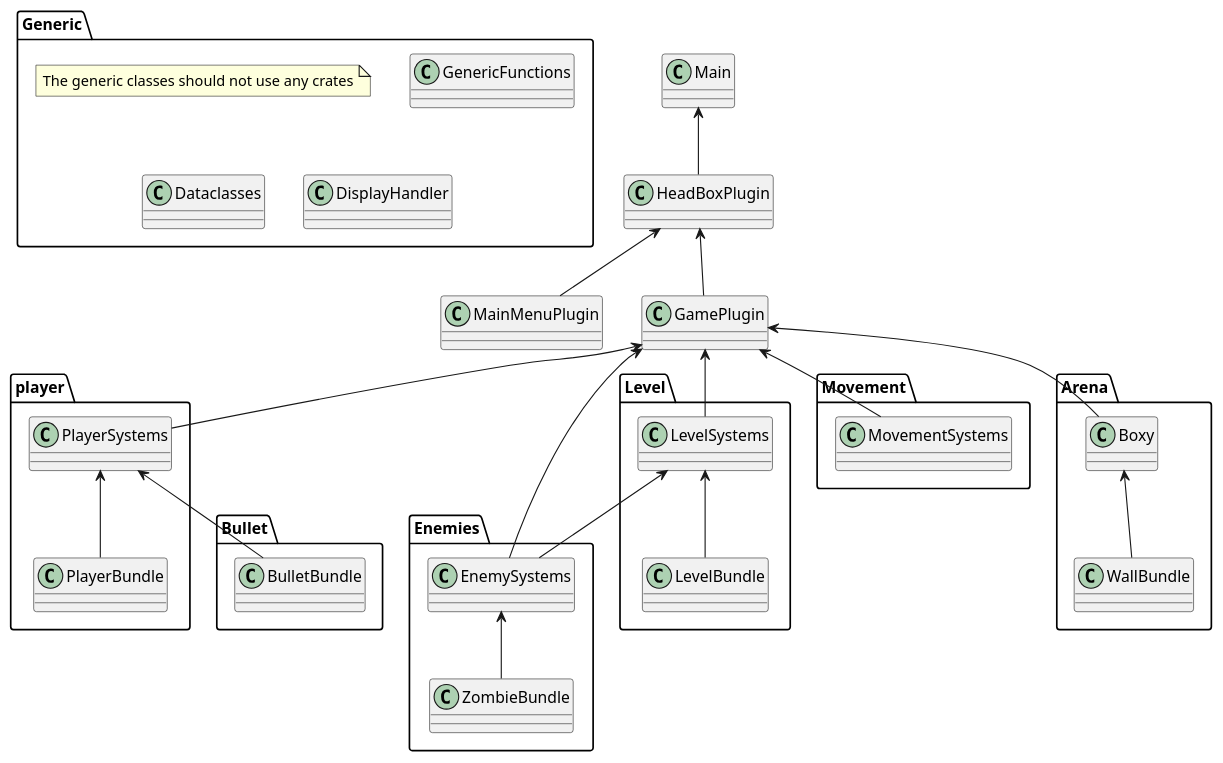
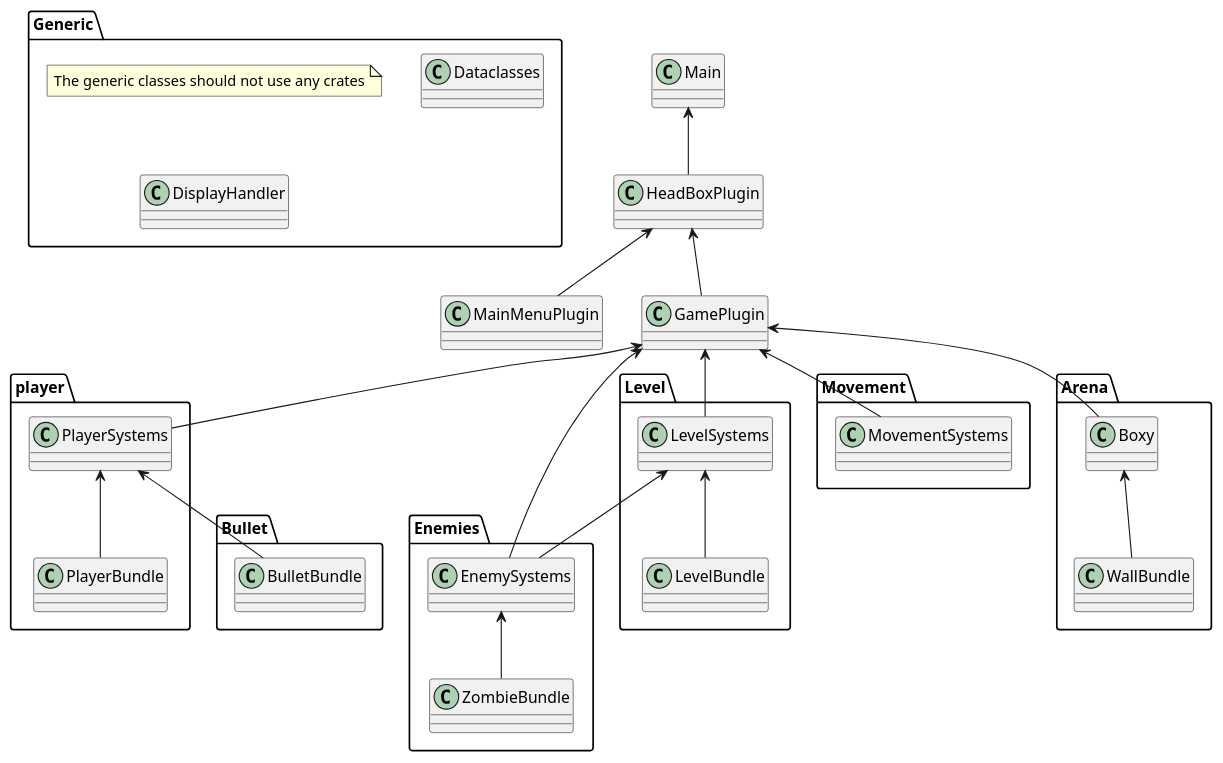
The diagram in docs/class_layout.puml (LuukHenk/head_box), drawn with PlantUML before and after one commit. The commit also changed 1 other file, not shown here.

```diff
--- a/docs/class_layout.puml
+++ b/docs/class_layout.puml
@@ -1,63 +1,62 @@
 @startuml
 class Main
 class HeadBoxPlugin
 class MainMenuPlugin
 class GamePlugin
 
 
 package Generic {
     note "The generic classes should not use any crates" as N1
-    class GenericFunctions
     class Dataclasses
     class DisplayHandler
 }
 
 package player {
     class PlayerSystems
     class PlayerBundle
 }
 
 package Bullet {
     class BulletBundle
 }
 
 package Enemies {
     class EnemySystems
     class ZombieBundle
 }
 package Movement {
     class MovementSystems
 }
 package Arena{
     class WallBundle
     class Boxy
 }
 package Level{
     class LevelBundle
     class LevelSystems
 }
 
 
 Main <-- HeadBoxPlugin
 
 HeadBoxPlugin <-- MainMenuPlugin
 HeadBoxPlugin <-- GamePlugin
 
 GamePlugin <-- PlayerSystems
 PlayerSystems <-- PlayerBundle
 
 
 PlayerSystems <-- BulletBundle
 
 GamePlugin <-- EnemySystems
 EnemySystems <-- ZombieBundle
 
 GamePlugin <-- MovementSystems
 
 GamePlugin <-- Boxy
 Boxy <-- WallBundle
 
 GamePlugin <-- LevelSystems
 LevelSystems <-- LevelBundle
 LevelSystems <-- EnemySystems
 @enduml
```
